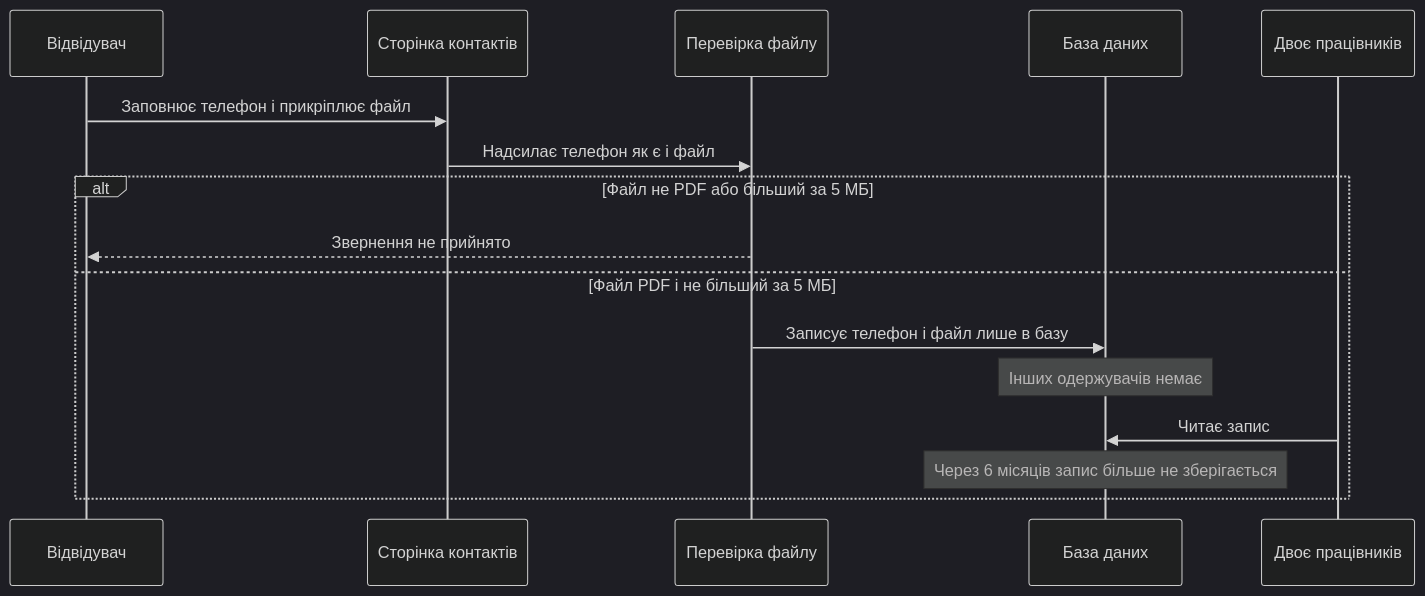
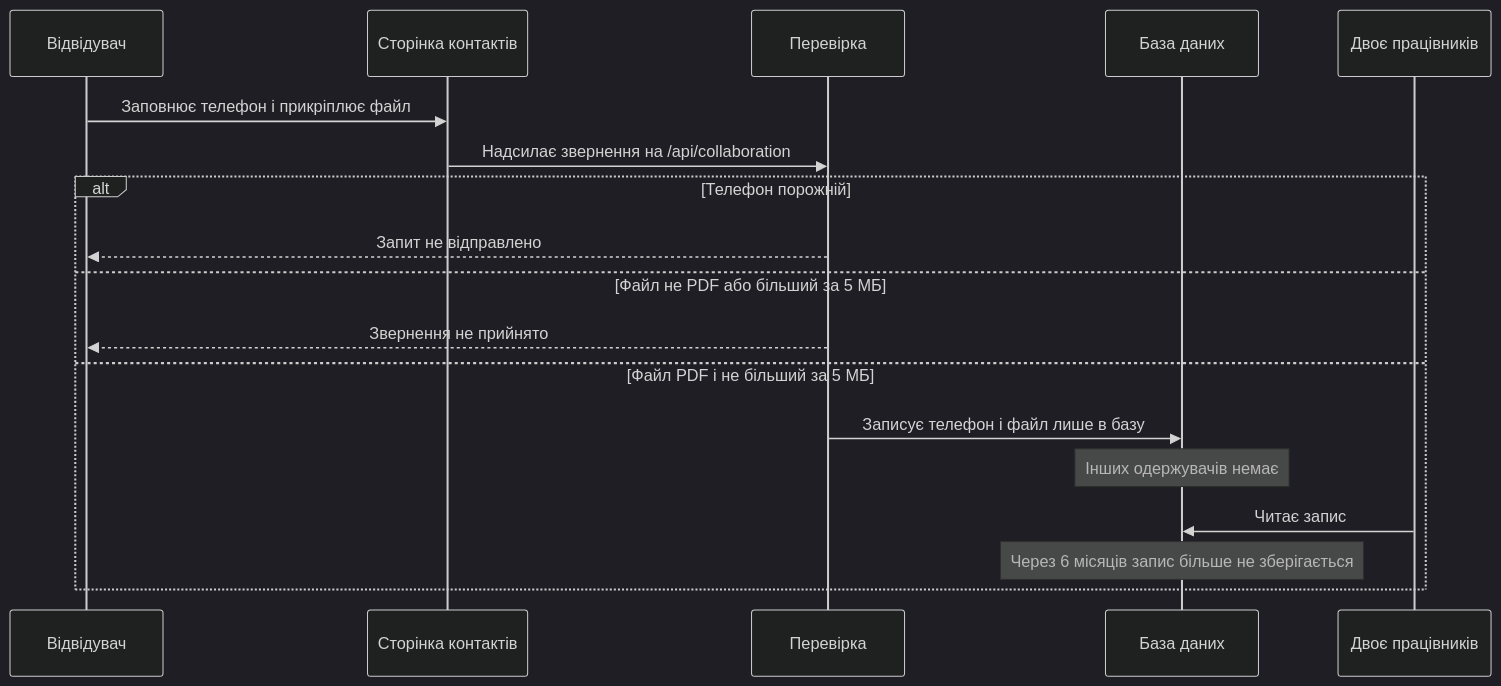
One commit to moskvaolena04-jpg/sdd-workshop-olena changed the diagram in docs/contact-us-feature.md. Above: the diagram before and after it, drawn with Mermaid (dark theme). The commit also changed other lines of this file, not shown here.

Commit message:
docs: align contact-us feature with the contact form facts

````diff
--- a/docs/contact-us-feature.md
+++ b/docs/contact-us-feature.md
@@ -21,19 +23,21 @@
 ```mermaid
 sequenceDiagram
   participant Visitor as Відвідувач
   participant Form as Сторінка контактів
-  participant Check as Перевірка файлу
+  participant Check as Перевірка
   participant DB as База даних
   participant Staff as Двоє працівників
 
   Visitor->>Form: Заповнює телефон і прикріплює файл
-  Form->>Check: Надсилає телефон як є і файл
-  alt Файл не PDF або більший за 5 МБ
+  Form->>Check: Надсилає звернення на /api/collaboration
+  alt Телефон порожній
+    Check-->>Visitor: Запит не відправлено
+  else Файл не PDF або більший за 5 МБ
     Check-->>Visitor: Звернення не прийнято
   else Файл PDF і не більший за 5 МБ
     Check->>DB: Записує телефон і файл лише в базу
     Note over DB: Інших одержувачів немає
     Staff->>DB: Читає запис
     Note over DB: Через 6 місяців запис більше не зберігається
   end
 ```
````
